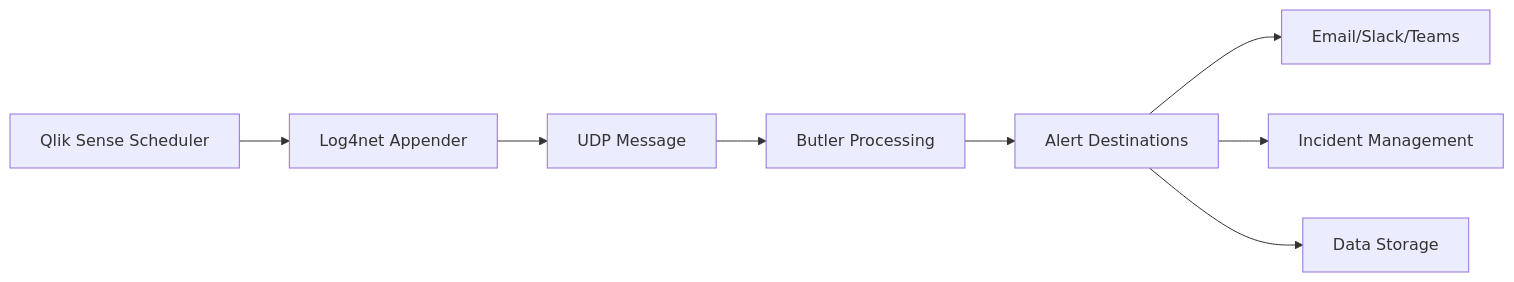
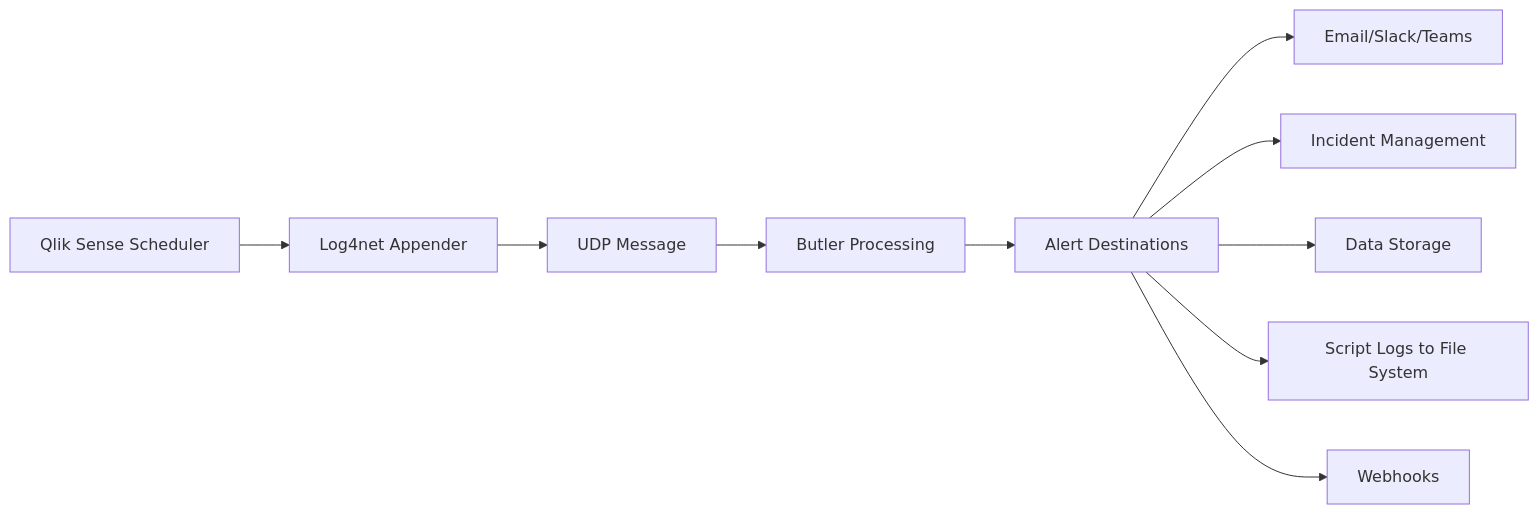
One commit to ptarmiganlabs/butler-docs changed the diagram in vitepress-site/docs/docs/concepts/reload-tasks/index.md. Above: the diagram before and after it, drawn with Mermaid. The commit also changed other lines of this file and 1 other file, not shown here.

````diff
--- a/vitepress-site/docs/docs/concepts/reload-tasks/index.md
+++ b/vitepress-site/docs/docs/concepts/reload-tasks/index.md
@@ -87,10 +88,12 @@
 ```mermaid
 graph LR
     A[Qlik Sense Scheduler] --> B[Log4net Appender]
     B --> C[UDP Message]
     C --> D[Butler Processing]
     D --> E[Alert Destinations]
     E --> F[Email/Slack/Teams]
     E --> G[Incident Management]
     E --> H[Data Storage]
+    E --> I[Script Logs to File System]
+    E --> J[Webhooks]
 ```
````
